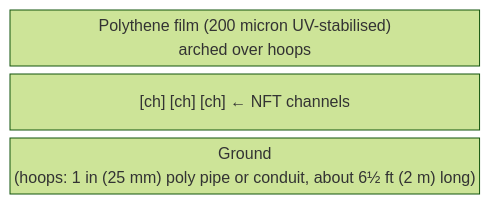
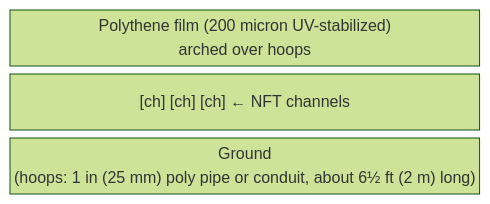
Before and after one commit to UncleJS/guide_hydroponics: the tenth of 11 diagrams in guide/nft/10-climate-management.md, drawn with Mermaid (forest theme). The commit also changed other lines of this file and 35 other files, not shown here.

````diff
--- a/guide/nft/10-climate-management.md
+++ b/guide/nft/10-climate-management.md
@@ -759,7 +773,7 @@
 ```mermaid
 block-beta
     columns 1
-    film["Polythene film (200 micron UV-stabilised)<br/>arched over hoops"]
+    film["Polythene film (200 micron UV-stabilized)<br/>arched over hoops"]
     interior["[ch]         [ch]         [ch]   ← NFT channels"]
     ground["Ground<br/>(hoops: 1 in (25 mm) poly pipe or conduit, about 6½ ft (2 m) long)"]
 ```
````
